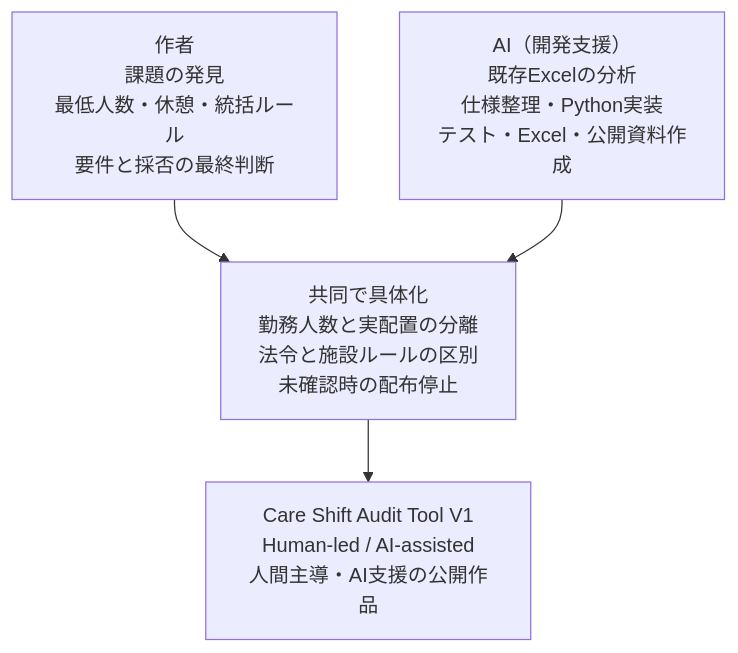
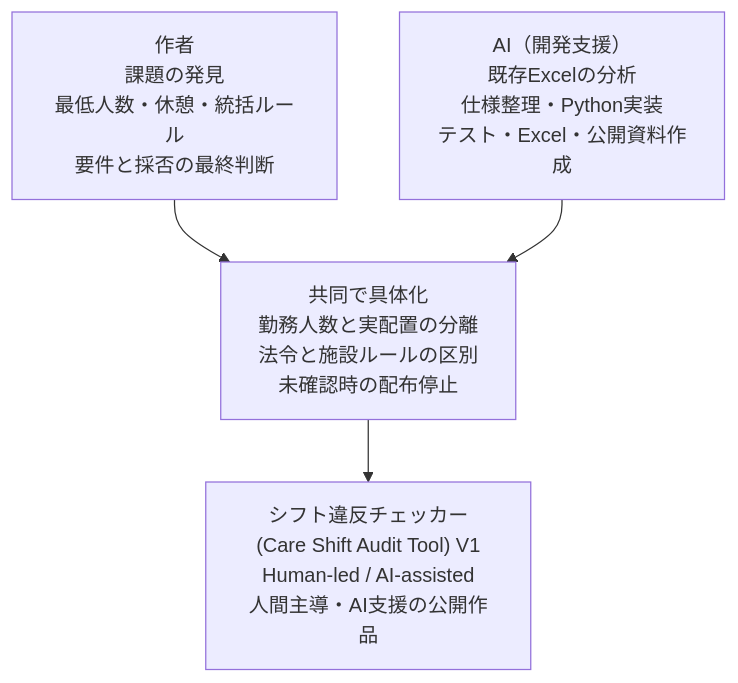
One commit to ruru105/care-shift-audit-tool changed the diagram in README.md. Above: the diagram before and after it, drawn with Mermaid. The commit also changed 6 other files, not shown here.

Commit message:
監査結果の見出しなどに残っていた旧名を「シフト違反チェッカー(Care Shift Audit Tool)」に統一

````diff
--- a/README.md
+++ b/README.md
@@ -98,11 +98,11 @@
 ```mermaid
 flowchart TB
     H["作者<br/>課題の発見<br/>最低人数・休憩・統括ルール<br/>要件と採否の最終判断"]
     A["AI（開発支援）<br/>既存Excelの分析<br/>仕様整理・Python実装<br/>テスト・Excel・公開資料作成"]
     C["共同で具体化<br/>勤務人数と実配置の分離<br/>法令と施設ルールの区別<br/>未確認時の配布停止"]
-    V["Care Shift Audit Tool V1<br/>Human-led / AI-assisted<br/>人間主導・AI支援の公開作品"]
+    V["シフト違反チェッカー(Care Shift Audit Tool) V1<br/>Human-led / AI-assisted<br/>人間主導・AI支援の公開作品"]
 
     H --> C
     A --> C
     C --> V
 ```
````
